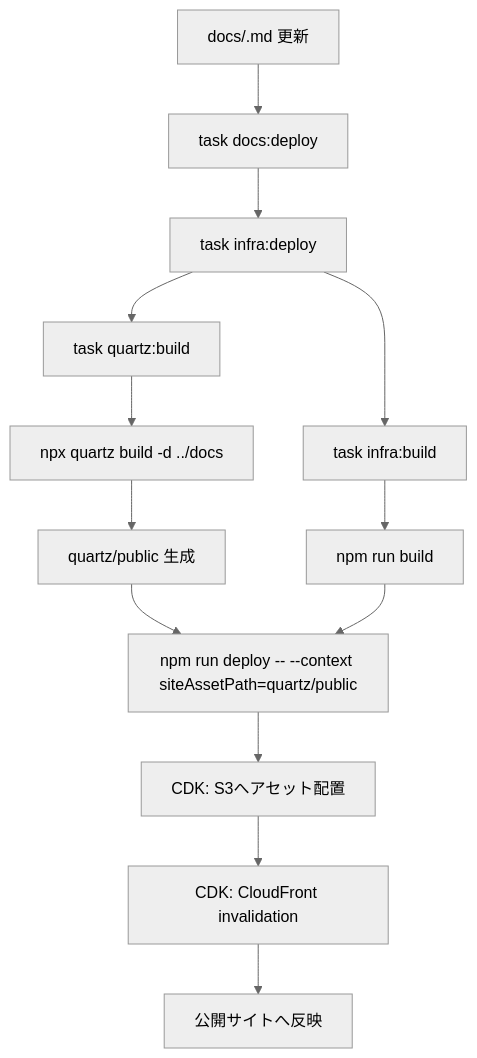
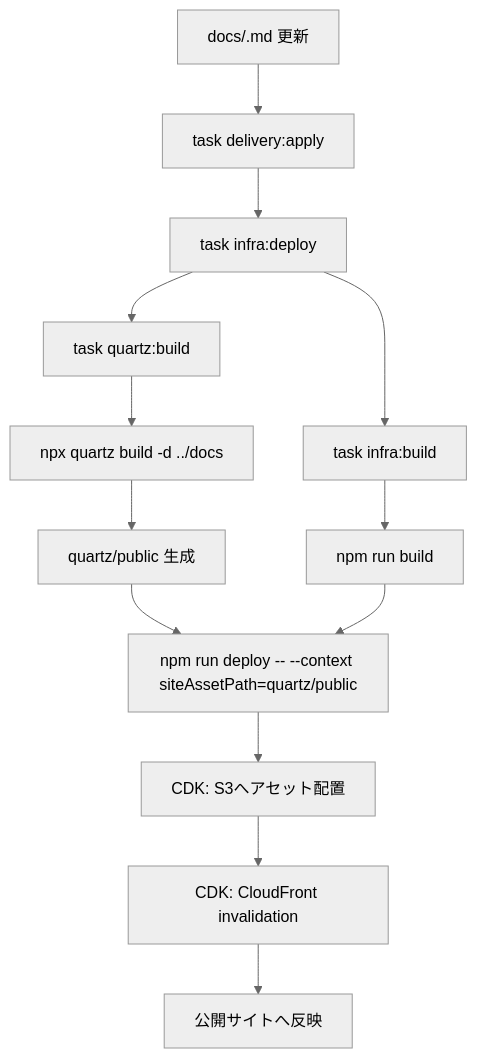
Before and after one commit to tsuji-tomonori/diopside-v3: the diagram in docs/2.基本設計(BD)/04.インフラ(INF)/51.CI_CD(PIPE)/BD-INF-DEP-003.md, drawn with Mermaid (neutral theme). The commit also changed other lines of this file and 33 other files, not shown here.

````diff
--- a/docs/2.基本設計(BD)/04.インフラ(INF)/51.CI_CD(PIPE)/BD-INF-DEP-003.md
+++ b/docs/2.基本設計(BD)/04.インフラ(INF)/51.CI_CD(PIPE)/BD-INF-DEP-003.md
@@ -51,15 +51,15 @@
 ```mermaid
 flowchart TD
-  A[docs/.md 更新] --> B[task docs:deploy]
+  A[docs/.md 更新] --> B[task delivery:apply]
   B --> C[task infra:deploy]
   C --> D[task quartz:build]
   D --> E[npx quartz build -d ../docs]
   E --> F[quartz/public 生成]
   C --> G[task infra:build]
   G --> H[npm run build]
   F --> I[npm run deploy -- --context siteAssetPath=quartz/public]
   H --> I
   I --> J[CDK: S3へアセット配置]
   J --> K[CDK: CloudFront invalidation]
   K --> L[公開サイトへ反映]
 ```
````
